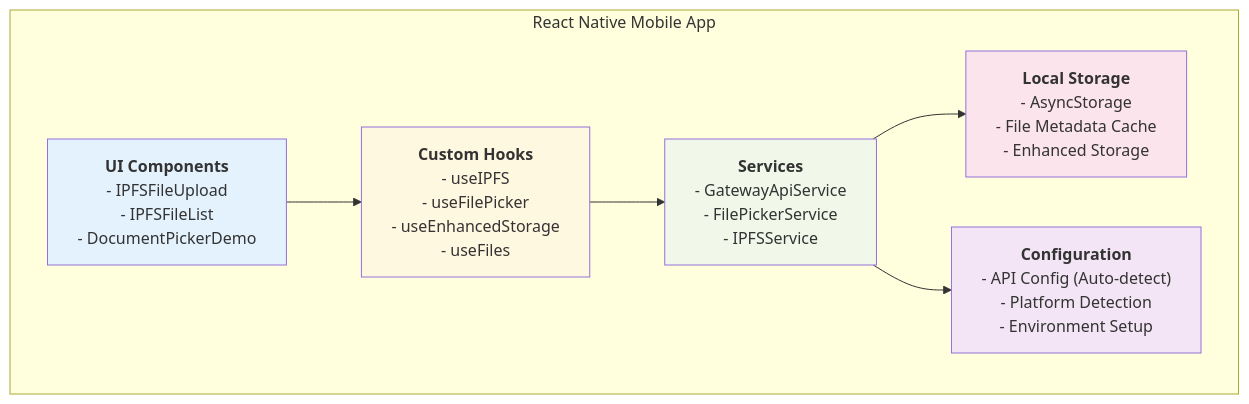
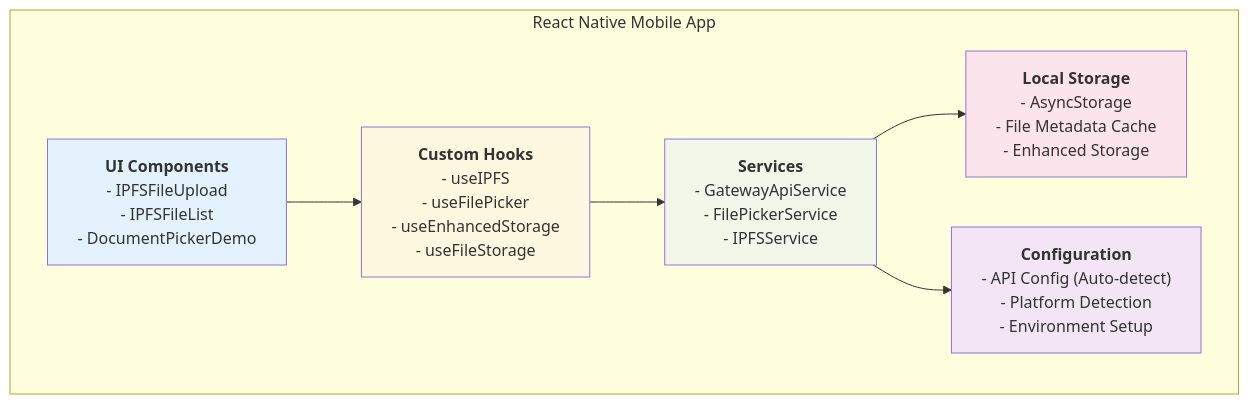
One commit to nguyenphuc22/ipfs-sandbox changed diagram 11 of 27 in SYSTEM_ARCHITECTURE.md. Above: the diagram before and after it, drawn with Mermaid. The commit also changed other lines of this file and 48 other files, not shown here.

````diff
--- a/SYSTEM_ARCHITECTURE.md
+++ b/SYSTEM_ARCHITECTURE.md
@@ -265,41 +265,41 @@
 ```mermaid
 graph TB
     subgraph "React Native Mobile App"
         UI["`**UI Components**
         - IPFSFileUpload
         - IPFSFileList
         - DocumentPickerDemo`"]
         
         Services["`**Services**
         - GatewayApiService
         - FilePickerService
         - IPFSService`"]
         
         Hooks["`**Custom Hooks**
         - useIPFS
         - useFilePicker
         - useEnhancedStorage
-        - useFiles`"]
+        - useFileStorage`"]
         
         Storage["`**Local Storage**
         - AsyncStorage
         - File Metadata Cache
         - Enhanced Storage`"]
         
         Config["`**Configuration**
         - API Config (Auto-detect)
         - Platform Detection
         - Environment Setup`"]
     end
 
     UI --> Hooks
     Hooks --> Services
     Services --> Storage
     Services --> Config
     
     style UI fill:#e3f2fd
     style Services fill:#f1f8e9
     style Hooks fill:#fff8e1
     style Storage fill:#fce4ec
     style Config fill:#f3e5f5
 ```
````
